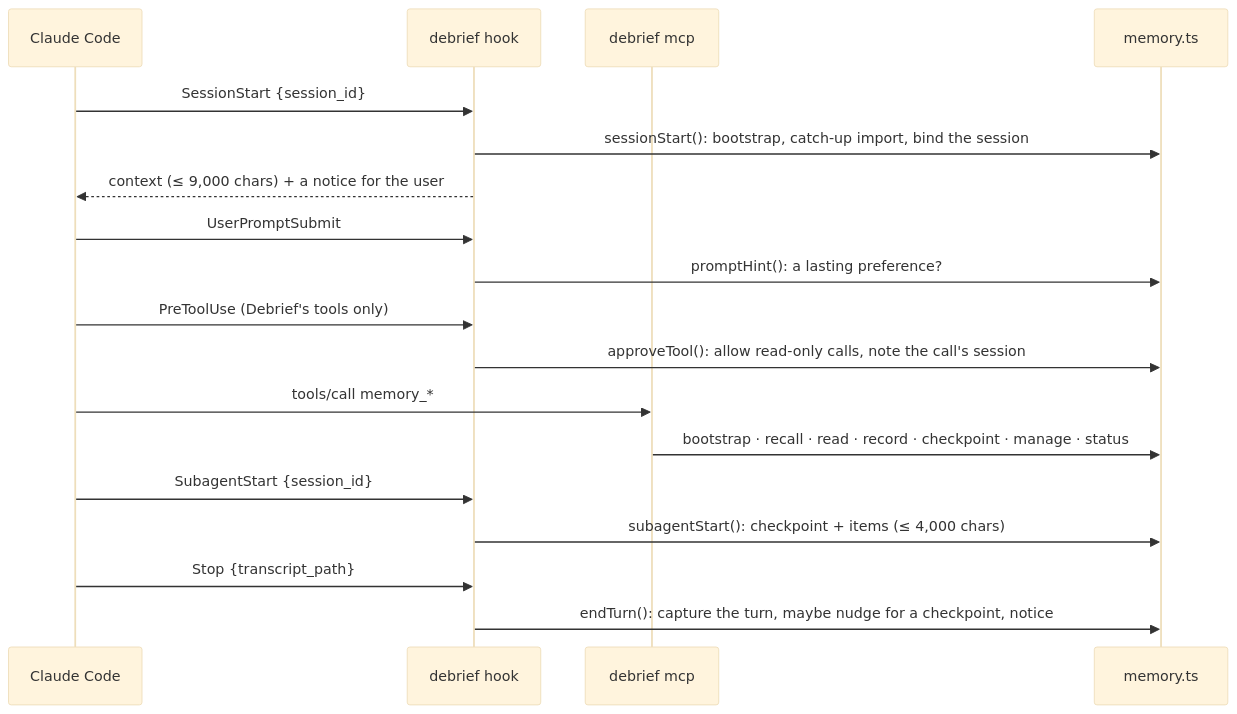
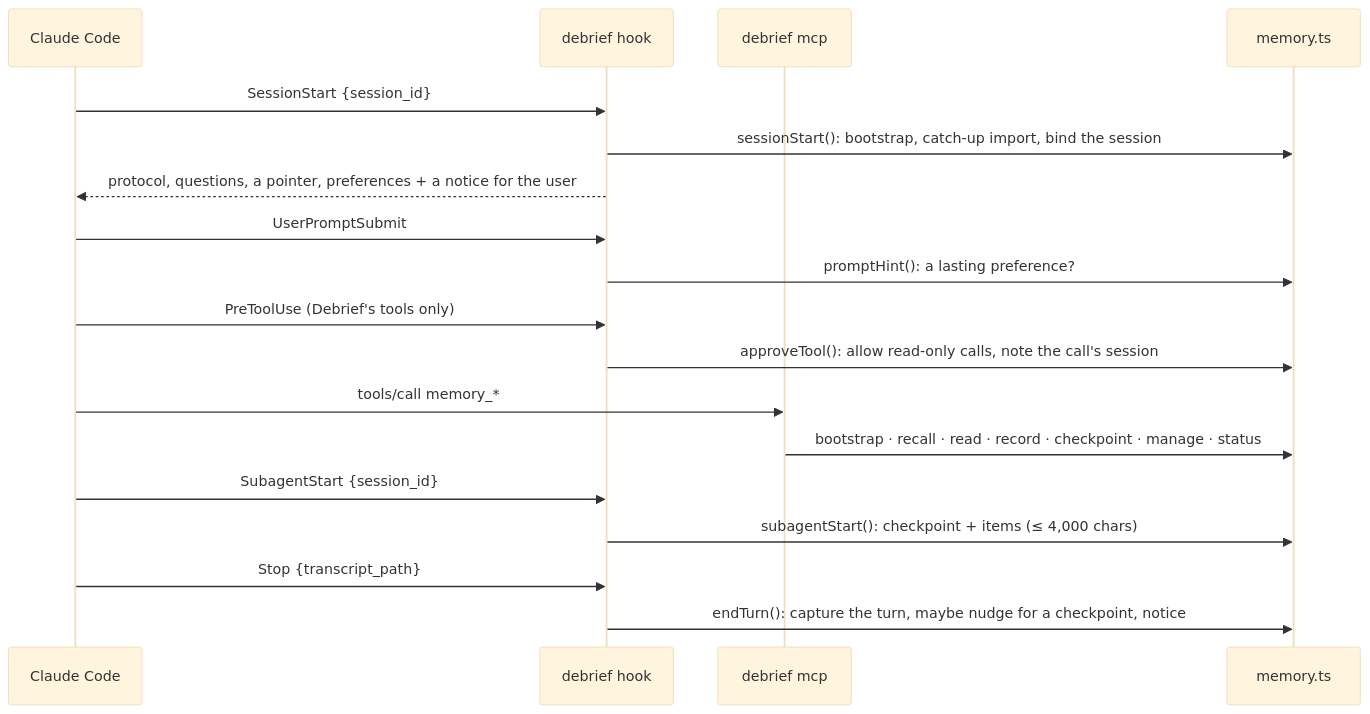
The second of 2 diagrams in docs/architecture.md (0xAysh/debrief), drawn with Mermaid (base theme) before and after one commit. The commit also changed other lines of this file and 1 other file, not shown here.

````diff
--- a/docs/architecture.md
+++ b/docs/architecture.md
@@ -36,21 +36,21 @@
 ```mermaid
 sequenceDiagram
     participant CC as Claude Code
     participant Hook as debrief hook
     participant Srv as debrief mcp
     participant Mem as memory.ts
 
     CC->>Hook: SessionStart {session_id}
     Hook->>Mem: sessionStart(): bootstrap, catch-up import, bind the session
-    Hook-->>CC: context (≤ 9,000 chars) + a notice for the user
+    Hook-->>CC: protocol, questions, a pointer, preferences + a notice for the user
     CC->>Hook: UserPromptSubmit
     Hook->>Mem: promptHint(): a lasting preference?
     CC->>Hook: PreToolUse (Debrief's tools only)
     Hook->>Mem: approveTool(): allow read-only calls, note the call's session
     CC->>Srv: tools/call memory_*
     Srv->>Mem: bootstrap · recall · read · record · checkpoint · manage · status
     CC->>Hook: SubagentStart {session_id}
     Hook->>Mem: subagentStart(): checkpoint + items (≤ 4,000 chars)
     CC->>Hook: Stop {transcript_path}
     Hook->>Mem: endTurn(): capture the turn, maybe nudge for a checkpoint, notice
 ```
````
